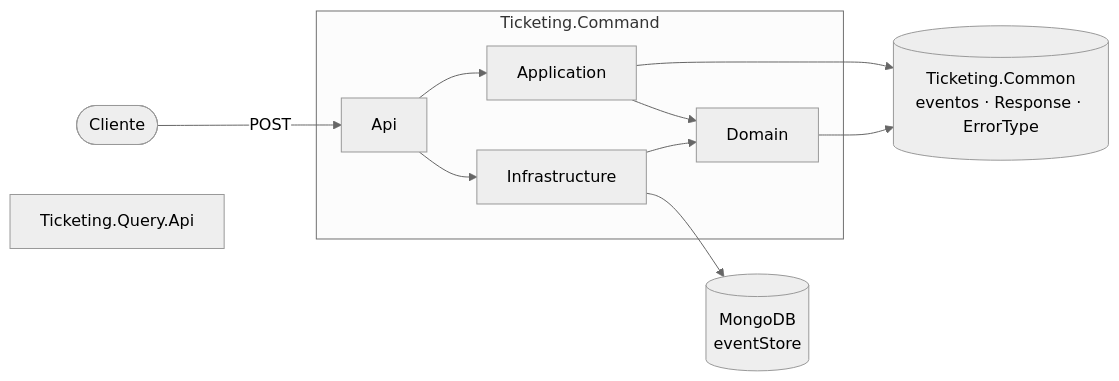
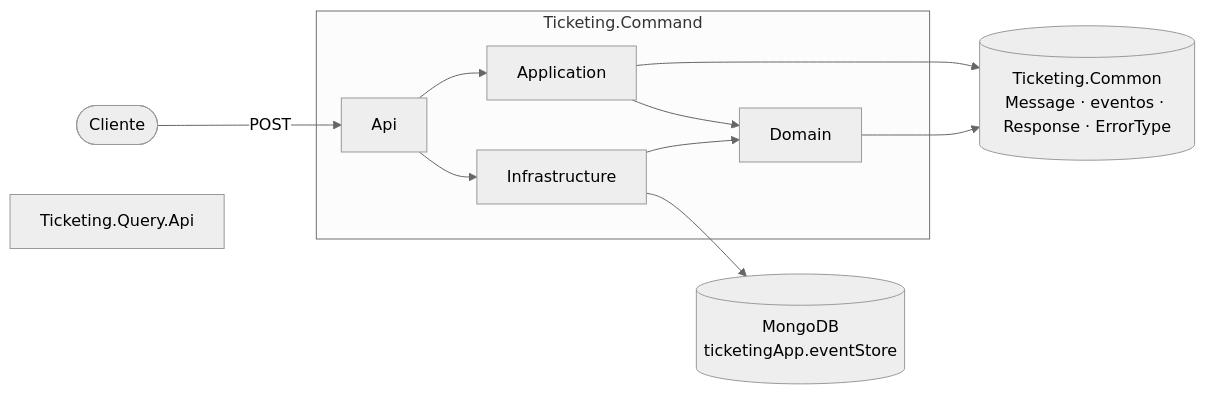
Before and after one commit to rubendevvalencia/BackendPortfolio: the first of 3 diagrams in Microservices-Events/docs/arquitectura.md, drawn with Mermaid (neutral theme). The commit also changed other lines of this file and 5 other files, not shown here.

````diff
--- a/Microservices-Events/docs/arquitectura.md
+++ b/Microservices-Events/docs/arquitectura.md
@@ -10,18 +11,18 @@
 ```mermaid
 flowchart LR
     Client([Cliente])
     subgraph Command[Ticketing.Command]
         Api[Api] --> App[Application]
         App --> Dom[Domain]
         Infra[Infrastructure] --> Dom
         Api --> Infra
     end
     Query[Ticketing.Query.Api]
-    Common[(Ticketing.Common<br/>eventos · Response · ErrorType)]
-    Mongo[(MongoDB<br/>eventStore)]
+    Common[(Ticketing.Common<br/>Message · eventos · Response · ErrorType)]
+    Mongo[(MongoDB<br/>ticketingApp.eventStore)]
 
     Client -->|POST| Api
     Infra --> Mongo
     App --> Common
     Dom --> Common
 ```
````
